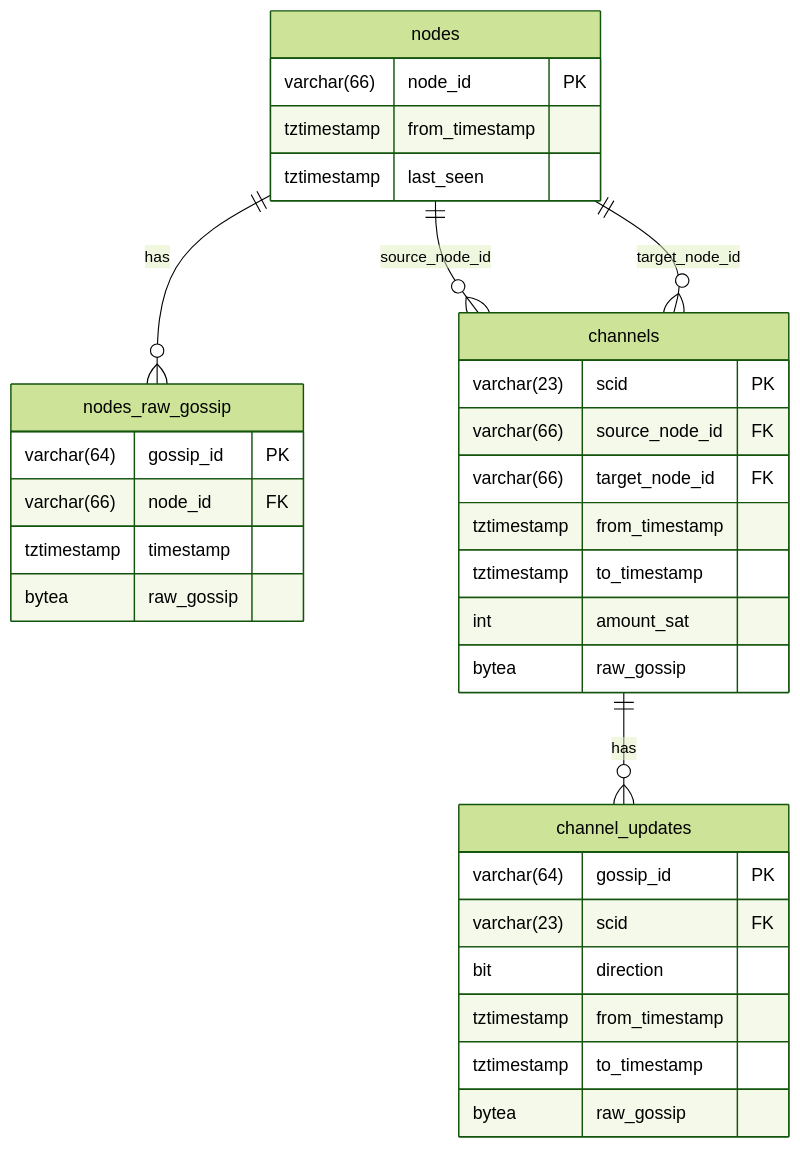
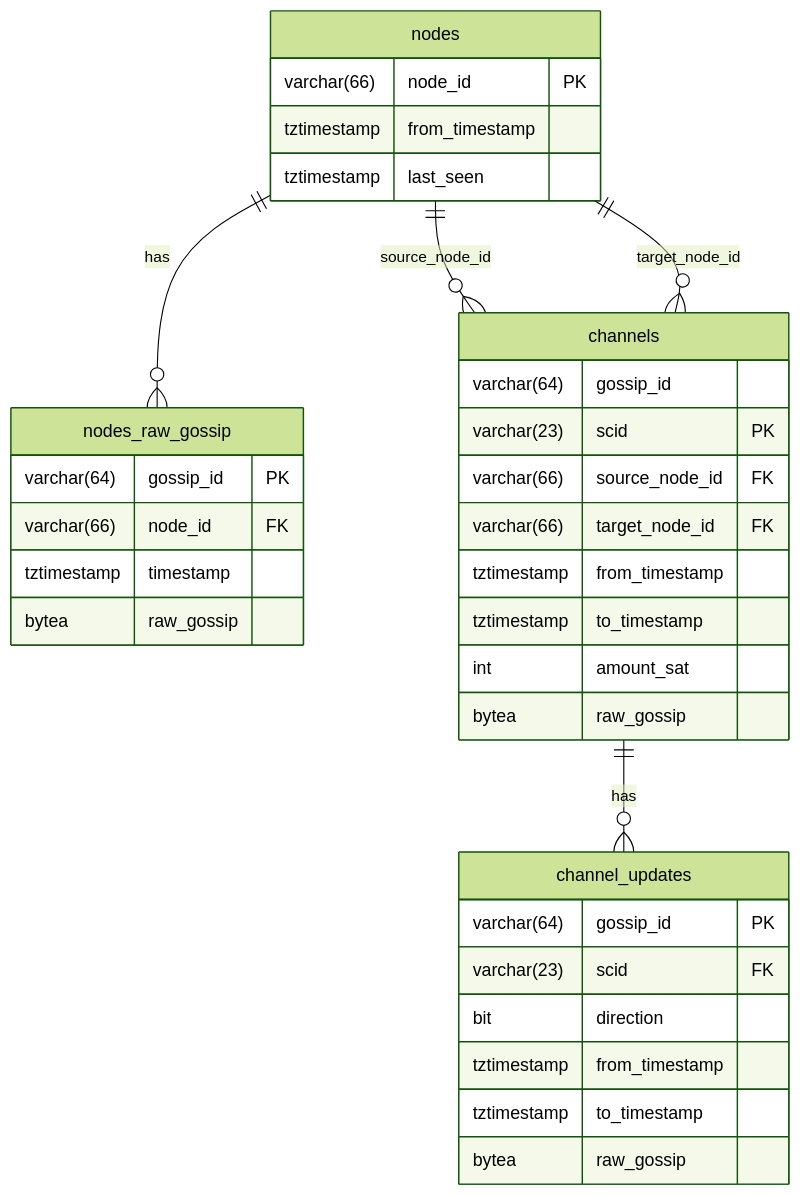
One commit to ln-history/documentation changed the diagram in docs/guide/database_creation.mdx. Above: the diagram before and after it, drawn with Mermaid (forest theme). The commit also changed other lines of this file and 2 other files, not shown here.

Commit message:
docs(definitions,-ContactForm,-database_creation): Multiple fixes, update message sending error handling

````diff
--- a/docs/guide/database_creation.mdx
+++ b/docs/guide/database_creation.mdx
@@ -20,39 +20,40 @@
 ```mermaid
 erDiagram
     nodes ||--o{ nodes_raw_gossip : has
     nodes ||--o{ channels : "source_node_id"
     nodes ||--o{ channels : "target_node_id"
     channels ||--o{ channel_updates : has
 
     nodes {
         varchar(66) node_id PK
         tztimestamp from_timestamp
         tztimestamp last_seen
     }
 
     nodes_raw_gossip {
         varchar(64) gossip_id PK
         varchar(66) node_id FK
         tztimestamp timestamp
         bytea raw_gossip
     }
 
     channels {
+        varchar(64) gossip_id 
         varchar(23) scid PK
         varchar(66) source_node_id FK
         varchar(66) target_node_id FK
         tztimestamp from_timestamp
         tztimestamp to_timestamp
         int amount_sat
         bytea raw_gossip
     }
 
     channel_updates {
         varchar(64) gossip_id PK
         varchar(23) scid FK
         bit direction
         tztimestamp from_timestamp
         tztimestamp to_timestamp
         bytea raw_gossip
     }
 ```
````
